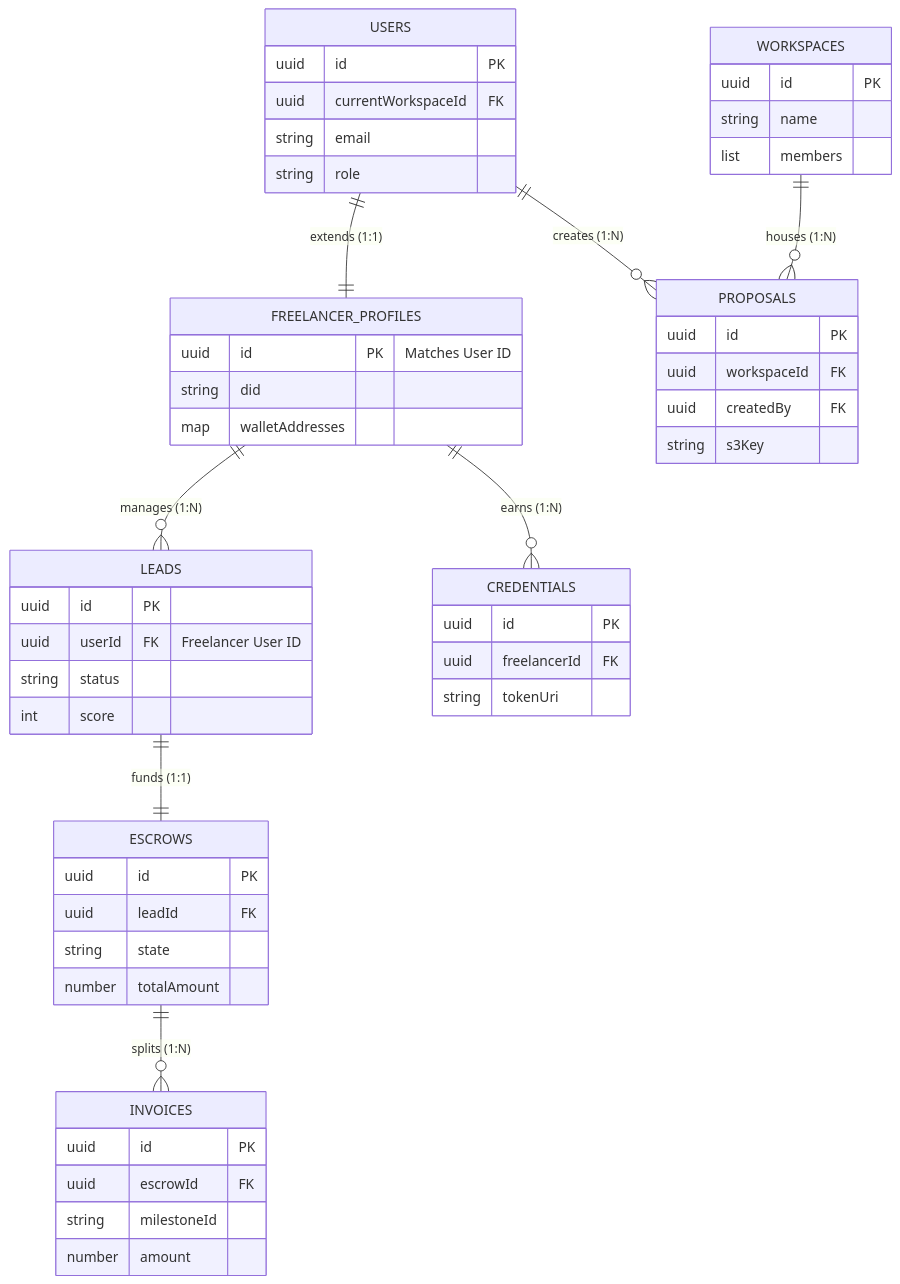
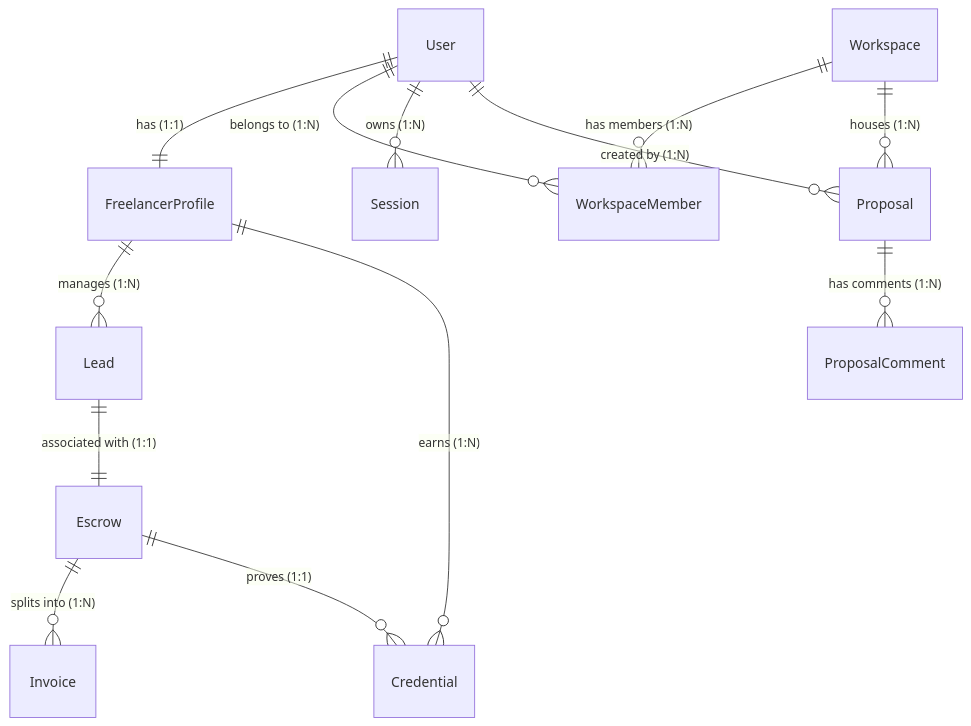
The diagram in docs/database_design.md (FixFlow-AI/FixFlow-AI-web), drawn with Mermaid before and after one commit. The commit also changed other lines of this file and 2 other files, not shown here.

Commit message:
docs: add system design, security architecture, and database design documentation

````diff
--- a/docs/database_design.md
+++ b/docs/database_design.md
@@ -11,56 +11,20 @@
 ```mermaid
 erDiagram
-    USERS ||--|| FREELANCER_PROFILES : "extends (1:1)"
-    USERS ||--o{ PROPOSALS : "creates (1:N)"
-    WORKSPACES ||--o{ PROPOSALS : "houses (1:N)"
-    FREELANCER_PROFILES ||--o{ LEADS : "manages (1:N)"
-    LEADS ||--|| ESCROWS : "funds (1:1)"
-    FREELANCER_PROFILES ||--o{ CREDENTIALS : "earns (1:N)"
-    ESCROWS ||--o{ INVOICES : "splits (1:N)"
-
-    USERS {
-        uuid id PK
-        uuid currentWorkspaceId FK
-        string email
-        string role
-    }
-    FREELANCER_PROFILES {
-        uuid id PK "Matches User ID"
-        string did
-        map walletAddresses
-    }
-    WORKSPACES {
-        uuid id PK
-        string name
-        list members
-    }
-    LEADS {
-        uuid id PK
-        uuid userId FK "Freelancer User ID"
-        string status
-        int score
-    }
-    PROPOSALS {
-        uuid id PK
-        uuid workspaceId FK
-        uuid createdBy FK
-        string s3Key
-    }
-    ESCROWS {
-        uuid id PK
-        uuid leadId FK
-        string state
-        number totalAmount
-    }
-    CREDENTIALS {
-        uuid id PK
-        uuid freelancerId FK
-        string tokenUri
-    }
-    INVOICES {
-        uuid id PK
-        uuid escrowId FK
-        string milestoneId
-        number amount
-    }
+    User ||--|| FreelancerProfile : "has (1:1)"
+    User ||--o{ WorkspaceMember : "belongs to (1:N)"
+    User ||--o{ Session : "owns (1:N)"
+    User ||--o{ Proposal : "created by (1:N)"
+    
+    Workspace ||--o{ WorkspaceMember : "has members (1:N)"
+    Workspace ||--o{ Proposal : "houses (1:N)"
+    
+    FreelancerProfile ||--o{ Lead : "manages (1:N)"
+    FreelancerProfile ||--o{ Credential : "earns (1:N)"
+    
+    Lead ||--|| Escrow : "associated with (1:1)"
+    
+    Escrow ||--o{ Invoice : "splits into (1:N)"
+    Escrow ||--o{ Credential : "proves (1:1)"
+    
+    Proposal ||--o{ ProposalComment : "has comments (1:N)"
 ```
````
